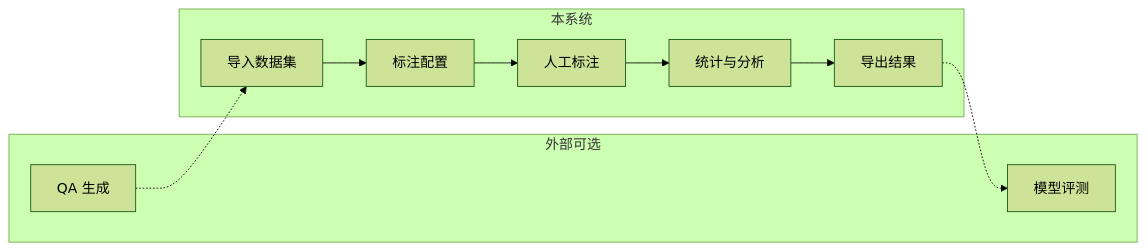
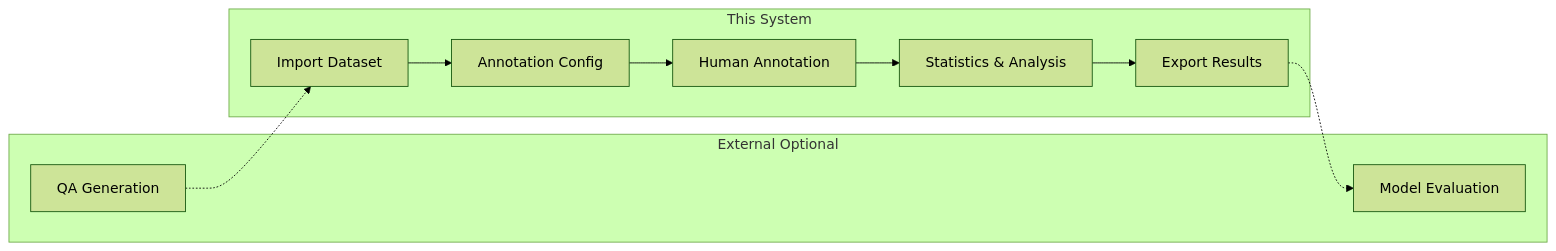
One commit to JackKuo666/QALoop changed the diagram in platform/README.md. Above: the diagram before and after it, drawn with Mermaid (forest theme). The commit also changed other lines of this file and 7 other files, not shown here.

````diff
--- a/platform/README.md
+++ b/platform/README.md
@@ -133,17 +133,17 @@
 ```mermaid
 flowchart LR
-  subgraph external [外部可选]
-    Gen[QA 生成]
-    Eval[模型评测]
+  subgraph external [External Optional]
+    Gen[QA Generation]
+    Eval[Model Evaluation]
   end
-  subgraph app [本系统]
-    Import[导入数据集]
-    Config[标注配置]
-    Ann[人工标注]
-    Stats[统计与分析]
-    Export[导出结果]
+  subgraph app [This System]
+    Import[Import Dataset]
+    Config[Annotation Config]
+    Ann[Human Annotation]
+    Stats[Statistics & Analysis]
+    Export[Export Results]
   end
   Gen -.-> Import
   Import --> Config --> Ann --> Stats --> Export
   Export -.-> Eval
 ```
````
